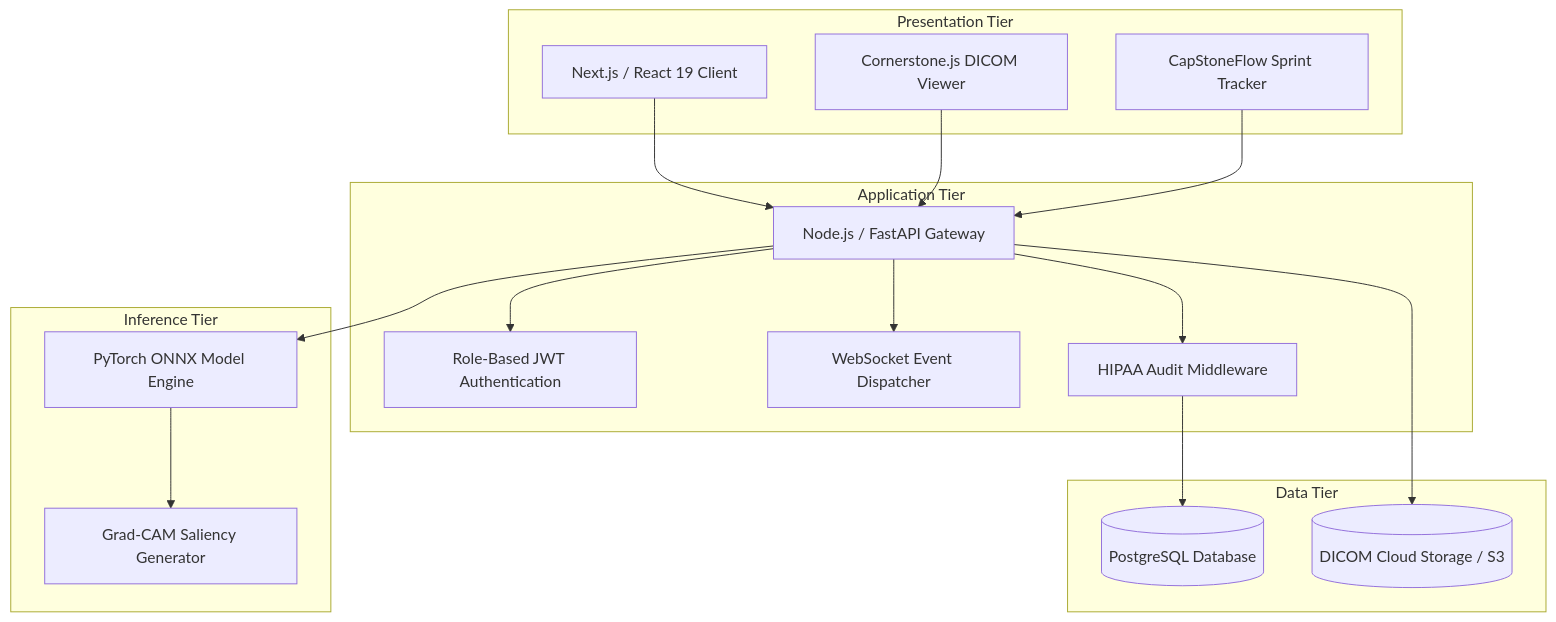
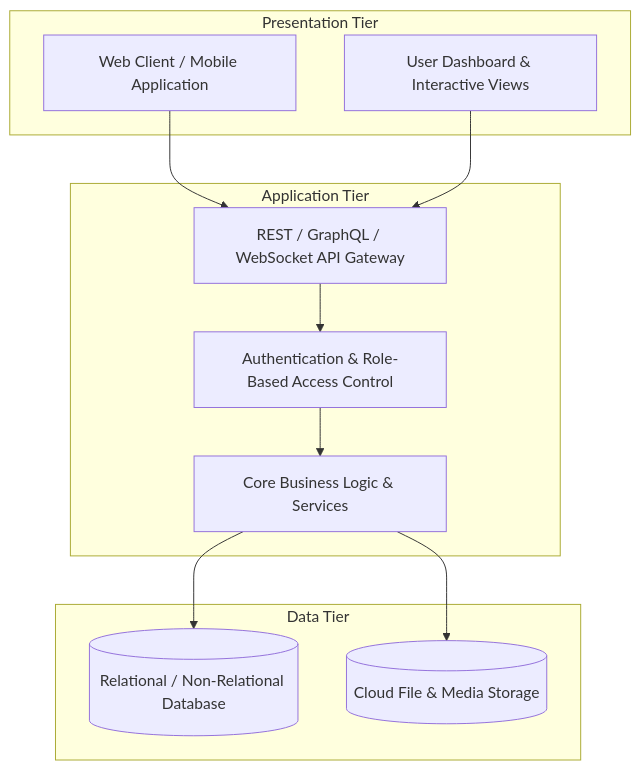
One commit to Realwaan/Capstone changed the first of 2 diagrams in docs/architecture/SYSTEM_ARCHITECTURE.md. Above: the diagram before and after it, drawn with Mermaid. The commit also changed other lines of this file and 9 other files, not shown here.

````diff
--- a/docs/architecture/SYSTEM_ARCHITECTURE.md
+++ b/docs/architecture/SYSTEM_ARCHITECTURE.md
@@ -7,36 +7,25 @@
 ```mermaid
 graph TD
     subgraph Client [Presentation Tier]
-        A[Next.js / React 19 Client]
-        B[Cornerstone.js DICOM Viewer]
-        C[CapStoneFlow Sprint Tracker]
+        A[Web Client / Mobile Application]
+        B[User Dashboard & Interactive Views]
     end
 
     subgraph API [Application Tier]
-        D[Node.js / FastAPI Gateway]
-        E[Role-Based JWT Authentication]
-        F[WebSocket Event Dispatcher]
-        G[HIPAA Audit Middleware]
-    end
-
-    subgraph AI [Inference Tier]
-        H[PyTorch ONNX Model Engine]
-        I[Grad-CAM Saliency Generator]
+        C[REST / GraphQL / WebSocket API Gateway]
+        D[Authentication & Role-Based Access Control]
+        E[Core Business Logic & Services]
     end
 
     subgraph Data [Data Tier]
-        J[(PostgreSQL Database)]
-        K[(DICOM Cloud Storage / S3)]
+        F[(Relational / Non-Relational Database)]
+        G[(Cloud File & Media Storage)]
     end
 
-    A --> D
-    B --> D
+    A --> C
+    B --> C
     C --> D
     D --> E
-    D --> F
-    D --> G
-    G --> J
-    D --> H
-    H --> I
-    D --> K
+    E --> F
+    E --> G
 ```
````
